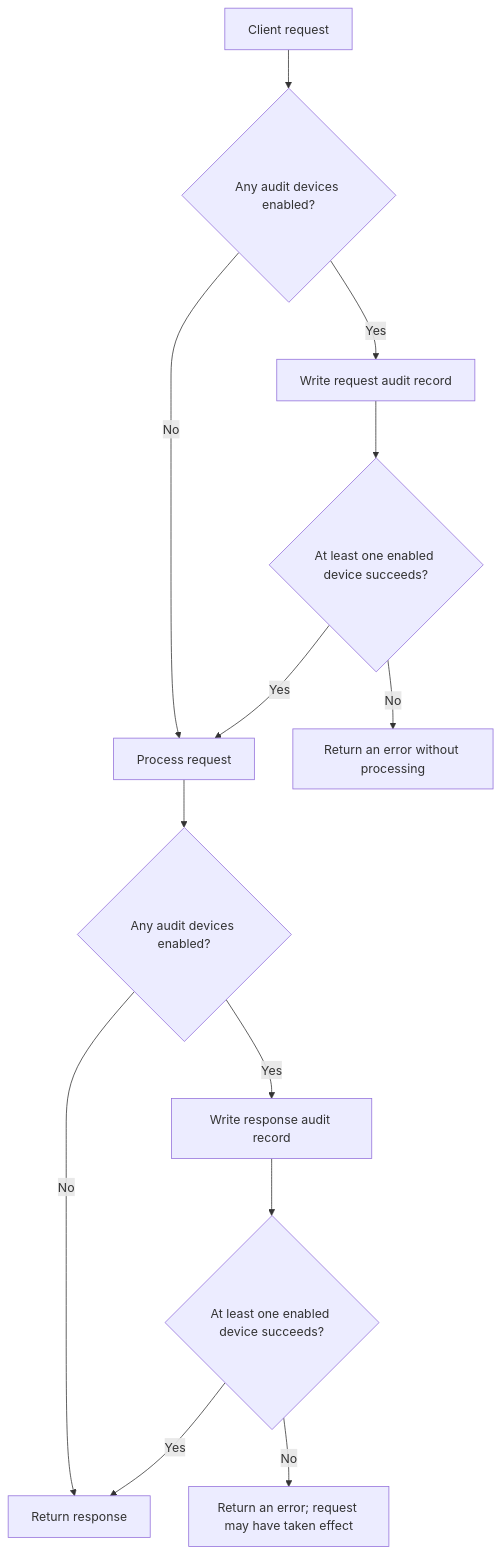
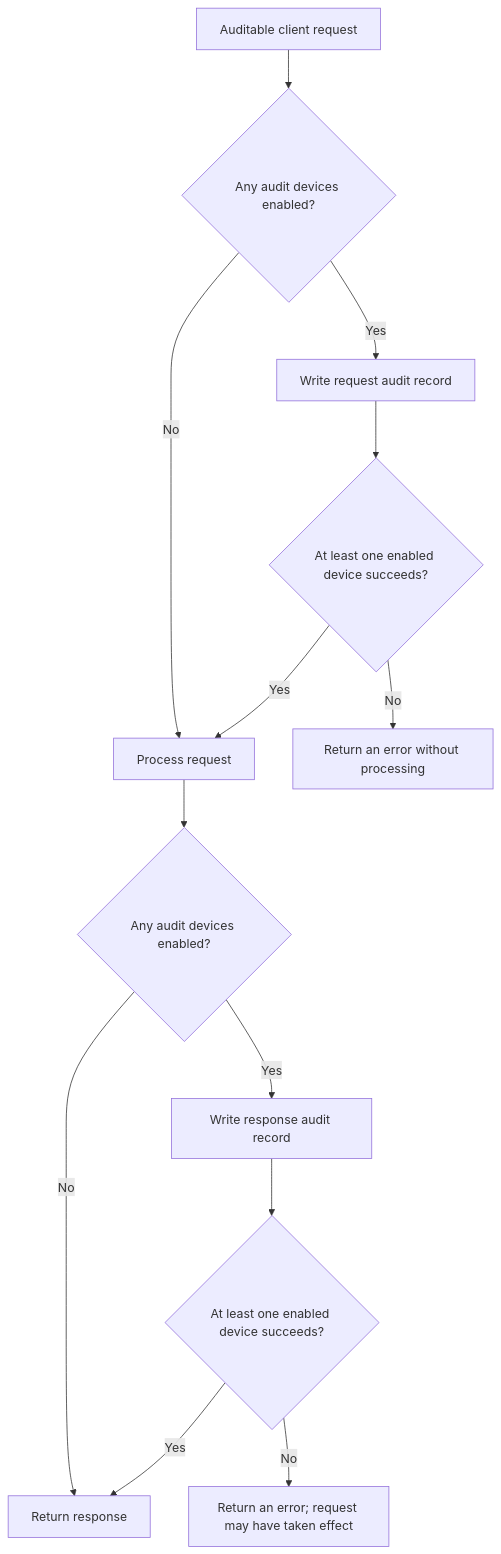
The third of 3 diagrams in docs/slices/vault/02-vault-server.md (OpalBolt/Hashicorp-Katas), drawn with Mermaid before and after one commit. The commit also changed other lines of this file, not shown here.

First line of the commit message:
docs(vault): clarify audit and practice scope

````diff
--- a/docs/slices/vault/02-vault-server.md
+++ b/docs/slices/vault/02-vault-server.md
@@ -66,15 +69,15 @@
 ```mermaid
 flowchart TD
-    A["Client request"] --> B{"Any audit devices enabled?"}
+    A["Auditable client request"] --> B{"Any audit devices enabled?"}
     B -- No --> D["Process request"]
     B -- Yes --> C["Write request audit record"]
     C --> E{"At least one enabled device succeeds?"}
     E -- Yes --> D
     E -- No --> F["Return an error without processing"]
     D --> G{"Any audit devices enabled?"}
     G -- No --> J["Return response"]
     G -- Yes --> H["Write response audit record"]
     H --> I{"At least one enabled device succeeds?"}
     I -- Yes --> J
     I -- No --> K["Return an error; request may have taken effect"]
 ```
````
